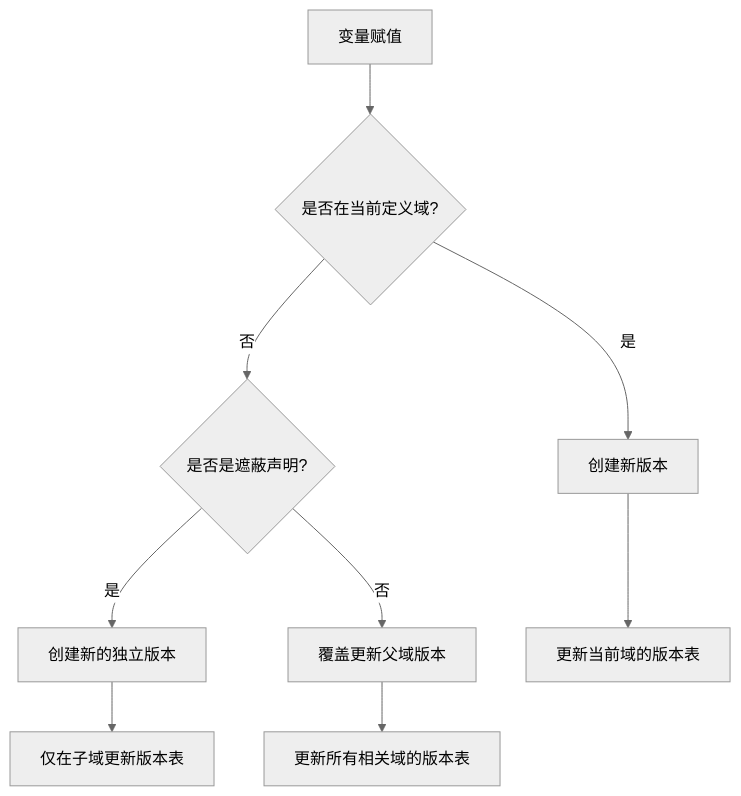
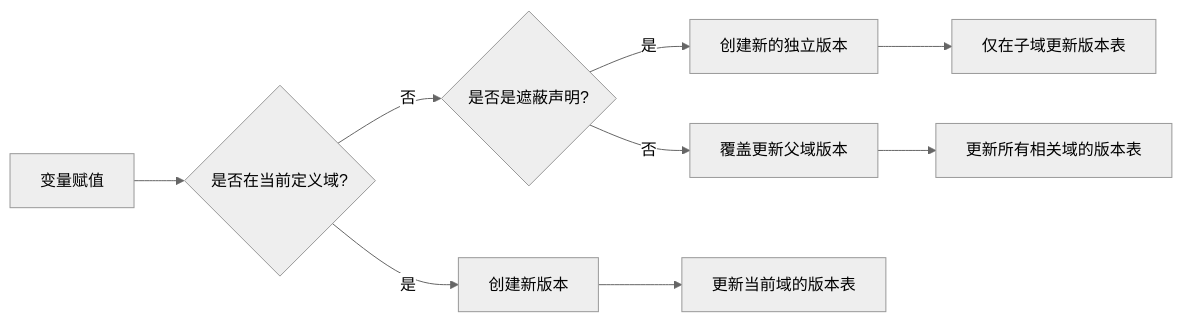
One commit to yaklang/ssa.to changed diagram 12 of 22 in static-analysis-guide/ssa-for-advanced-language.mdx. Above: the diagram before and after it, drawn with Mermaid (neutral theme). The commit also changed other lines of this file and 2 other files, not shown here.

````diff
--- a/static-analysis-guide/ssa-for-advanced-language.mdx
+++ b/static-analysis-guide/ssa-for-advanced-language.mdx
@@ -1369,12 +1370,12 @@
 ```mermaid
-graph TD
+graph LR
     A["变量赋值"] --> B{"是否在当前定义域?"}
     B -->|"是"| C["创建新版本"]
     B -->|"否"| D{"是否是遮蔽声明?"}
     D -->|"是"| E["创建新的独立版本"]
     D -->|"否"| F["覆盖更新父域版本"]
     
     C --> G["更新当前域的版本表"]
     E --> H["仅在子域更新版本表"]
     F --> I["更新所有相关域的版本表"]
 ```
````
